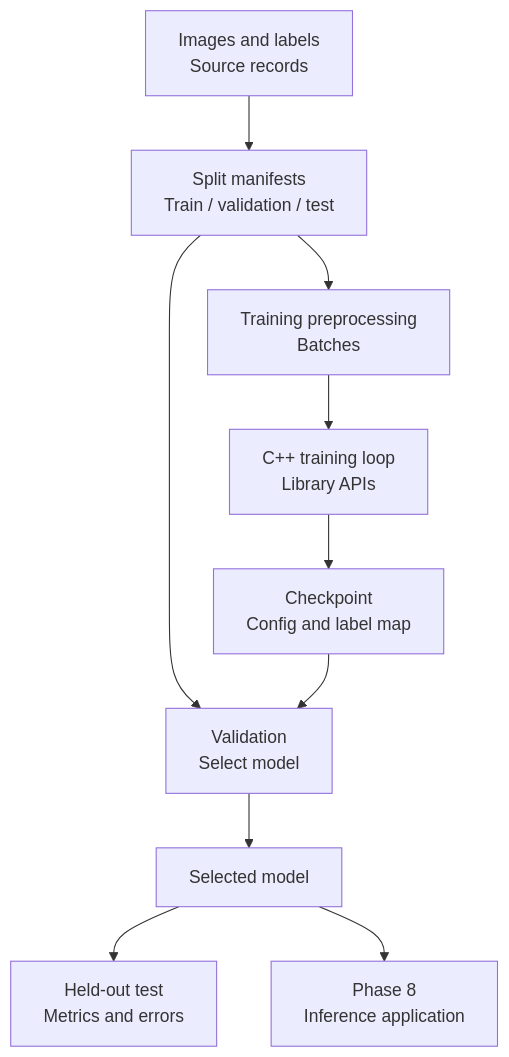
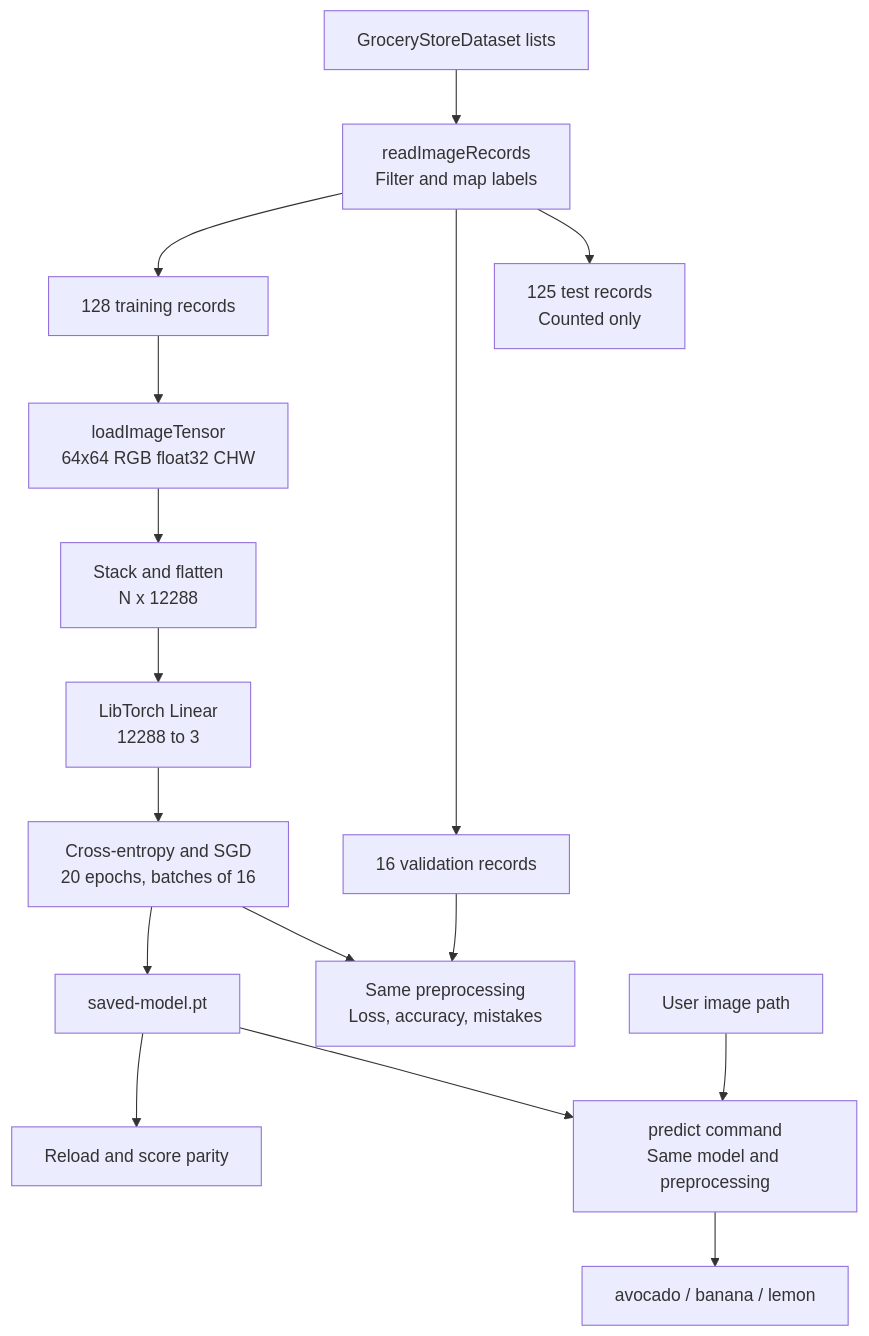
The diagram in architecture.md (supernachos57/Live-Vision), drawn with Mermaid before and after one commit. The commit also changed other lines of this file and 7 other files, not shown here.

````diff
--- a/architecture.md
+++ b/architecture.md
@@ -38,12 +7,18 @@
 ```mermaid
 flowchart TD
-    data["Images and labels<br/>Source records"] --> split["Split manifests<br/>Train / validation / test"]
-    split --> train["Training preprocessing<br/>Batches"]
-    train --> loop["C++ training loop<br/>Library APIs"]
-    loop --> ckpt["Checkpoint<br/>Config and label map"]
-    split --> val["Validation<br/>Select model"]
-    ckpt --> val
-    val --> chosen["Selected model"]
-    chosen --> test["Held-out test<br/>Metrics and errors"]
-    chosen --> app["Phase 8<br/>Inference application"]
+    lists["GroceryStoreDataset lists"] --> records["readImageRecords<br/>Filter and map labels"]
+    records --> train["128 training records"]
+    records --> val["16 validation records"]
+    records --> test["125 test records<br/>Counted only"]
+    train --> prep["loadImageTensor<br/>64x64 RGB float32 CHW"]
+    prep --> batch["Stack and flatten<br/>N x 12288"]
+    batch --> linear["LibTorch Linear<br/>12288 to 3"]
+    linear --> learn["Cross-entropy and SGD<br/>20 epochs, batches of 16"]
+    learn --> saved["saved-model.pt"]
+    val --> eval["Same preprocessing<br/>Loss, accuracy, mistakes"]
+    learn --> eval
+    saved --> reload["Reload and score parity"]
+    saved --> predict["predict command<br/>Same model and preprocessing"]
+    image["User image path"] --> predict
+    predict --> label["avocado / banana / lemon"]
 ```
````
